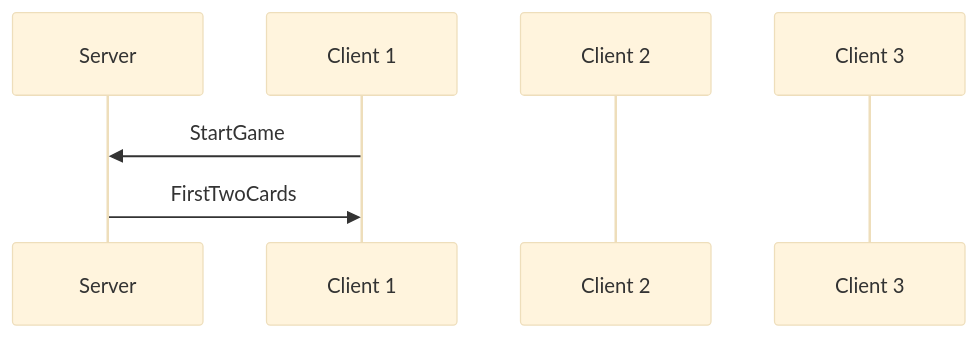
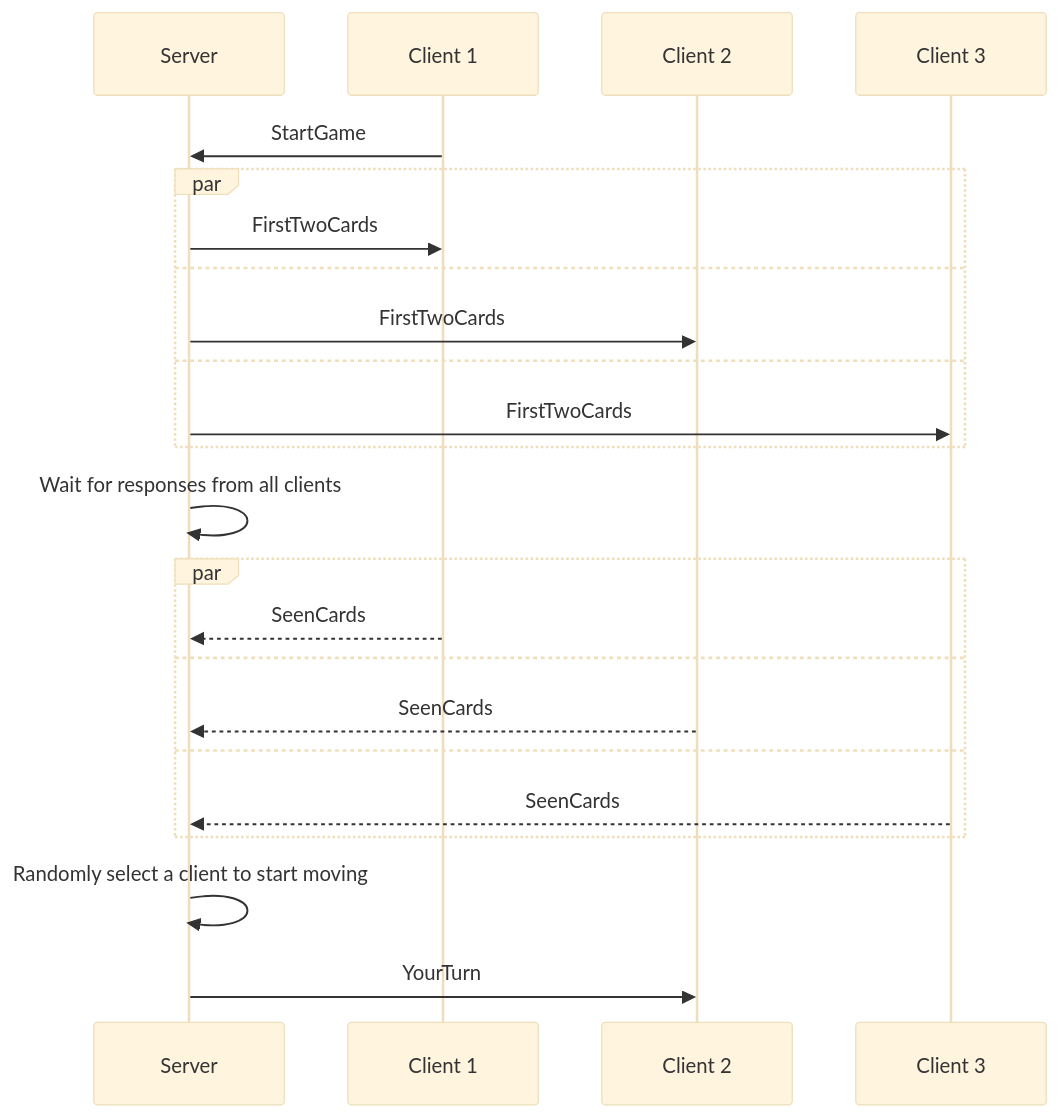
The diagram in README.md (roman-zubarevich/another), drawn with Mermaid (base theme) before and after one commit.

Commit message:
adjust readme

````diff
--- a/README.md
+++ b/README.md
@@ -3,9 +3,25 @@
 ```mermaid
 sequenceDiagram
-    participant Server
-    participant Client 1
-    participant Client 2
-    participant Client 3
-    Client 1->>Server: StartGame
-    Server->>Client 1: FirstTwoCards
+    participant S as Server
+    participant C1 as Client 1
+    participant C2 as Client 2
+    participant C3 as Client 3
+    C1->>S: StartGame
+    par
+        S->>C1: FirstTwoCards
+    and
+        S->>C2: FirstTwoCards
+    and
+        S->>C3: FirstTwoCards
+    end
+    S->>S: Wait for responses from all clients
+    par
+        C1-->>S: SeenCards
+    and
+        C2-->>S: SeenCards
+    and
+        C3-->>S: SeenCards
+    end
+    S->>S: Randomly select a client to start moving
+    S->>C2: YourTurn
 ```
````
